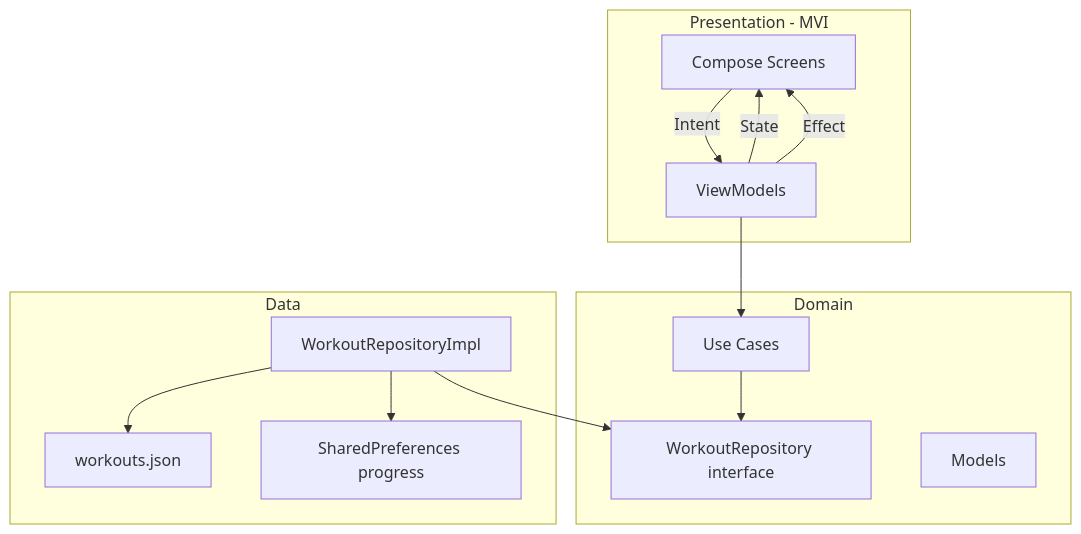
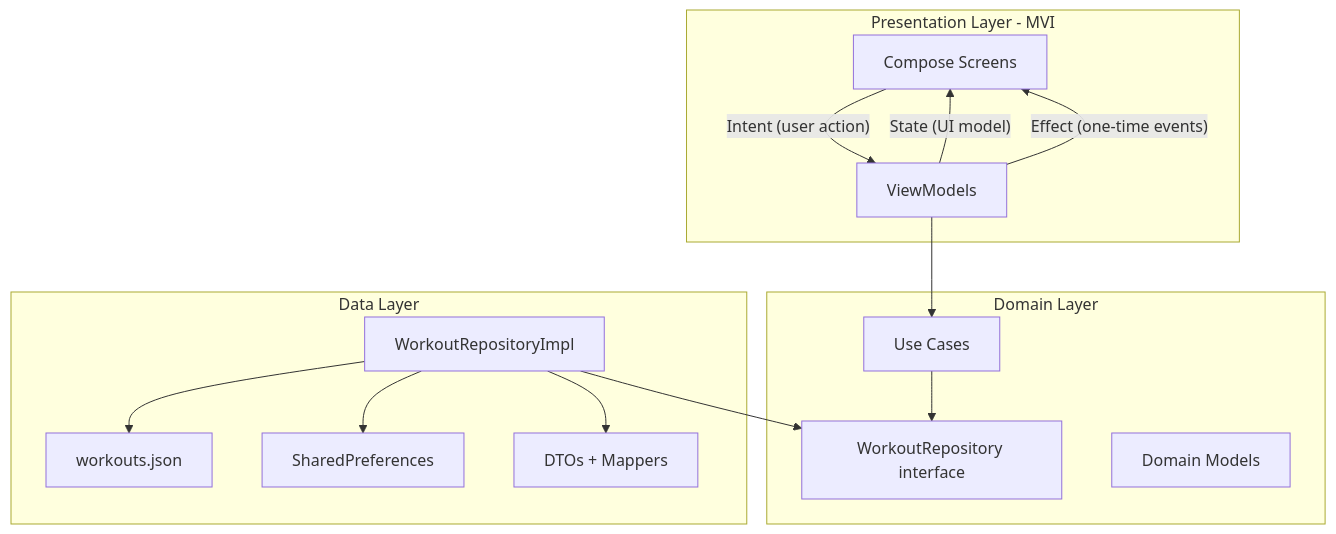
The first of 4 diagrams in README.md (mukeshkumar7470/Home-Workout), drawn with Mermaid before and after one commit. The commit also changed other lines of this file and 1 other file, not shown here.

Commit message:
Expand README.md with comprehensive project documentation and architecture details

````diff
--- a/README.md
+++ b/README.md
@@ -1,29 +38,30 @@
 ```mermaid
 flowchart TB
-    subgraph presentation ["Presentation - MVI"]
+    subgraph presentation ["Presentation Layer - MVI"]
         UI["Compose Screens"]
         VM["ViewModels"]
-        UI -->|Intent| VM
-        VM -->|State| UI
-        VM -->|Effect| UI
+        UI -->|"Intent (user action)"| VM
+        VM -->|"State (UI model)"| UI
+        VM -->|"Effect (one-time events)"| UI
     end
 
-    subgraph domain ["Domain"]
+    subgraph domain ["Domain Layer"]
         UC["Use Cases"]
         REPO_I["WorkoutRepository interface"]
-        MODEL["Models"]
+        MODEL["Domain Models"]
     end
 
-    subgraph data ["Data"]
+    subgraph data ["Data Layer"]
         REPO["WorkoutRepositoryImpl"]
         JSON["workouts.json"]
-        PREFS["SharedPreferences progress"]
+        PREFS["SharedPreferences"]
+        DTO["DTOs + Mappers"]
     end
 
     VM --> UC
     UC --> REPO_I
     REPO --> REPO_I
     REPO --> JSON
     REPO --> PREFS
-
+    REPO --> DTO
 ```
````
